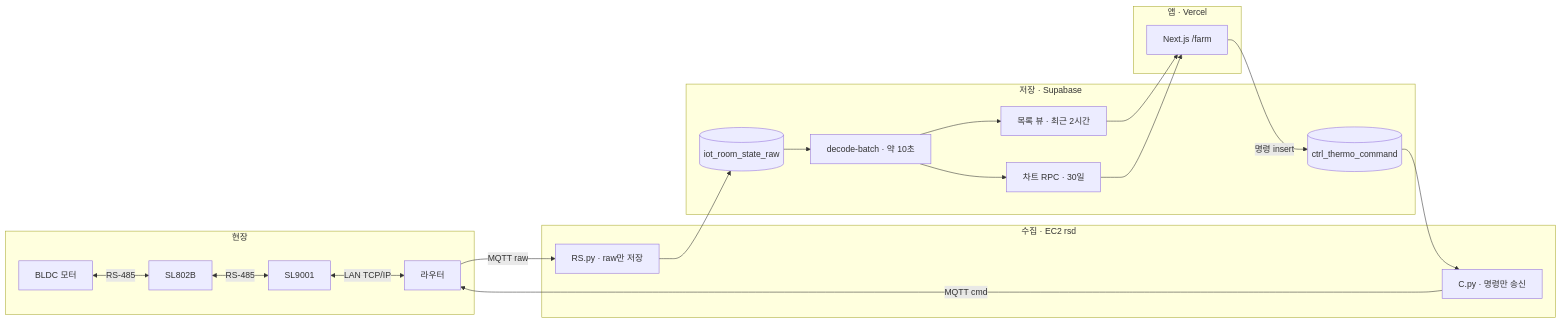
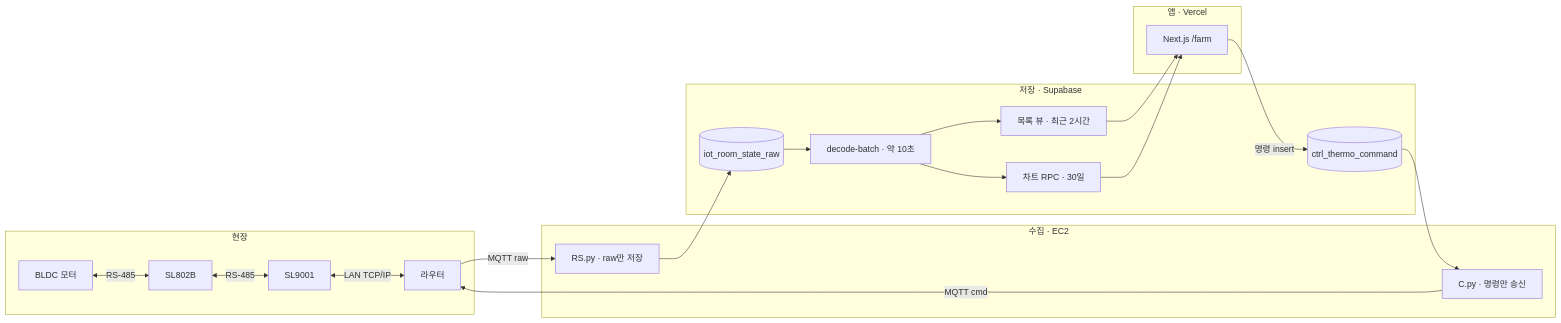
The diagram in web/docs/HANDOVER.md (autofankorea-dev/dashboard), drawn with Mermaid before and after one commit. The commit also changed other lines of this file and 3 other files, not shown here.

````diff
--- a/web/docs/HANDOVER.md
+++ b/web/docs/HANDOVER.md
@@ -11,30 +11,30 @@
 ```mermaid
 flowchart LR
   subgraph field [현장]
     motor["BLDC 모터"]
     sl802["SL802B"]
     sl9001["SL9001"]
     router["라우터"]
   end
-  subgraph r [수집 · EC2 rsd]
+  subgraph r [수집 · EC2]
     rs["RS.py · raw만 저장"]
     cpy["C.py · 명령만 송신"]
   end
   subgraph s [저장 · Supabase]
     raw[("iot_room_state_raw")]
     dec["decode-batch · 약 10초"]
     list["목록 뷰 · 최근 2시간"]
     trend["차트 RPC · 30일"]
     cmd[("ctrl_thermo_command")]
   end
   subgraph c [앱 · Vercel]
     app["Next.js /farm"]
   end
   motor <-->|"RS-485"| sl802
   sl802 <-->|"RS-485"| sl9001
   sl9001 <-->|"LAN TCP/IP"| router
   router -->|"MQTT raw"| rs --> raw --> dec
   dec --> list --> app
   dec --> trend --> app
   app -->|"명령 insert"| cmd --> cpy -->|"MQTT cmd"| router
 ```
````
